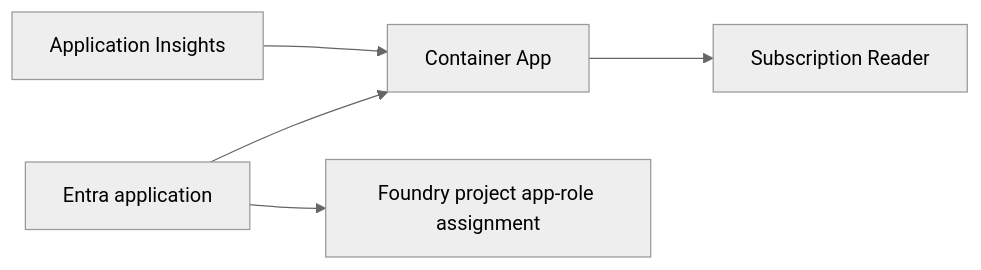
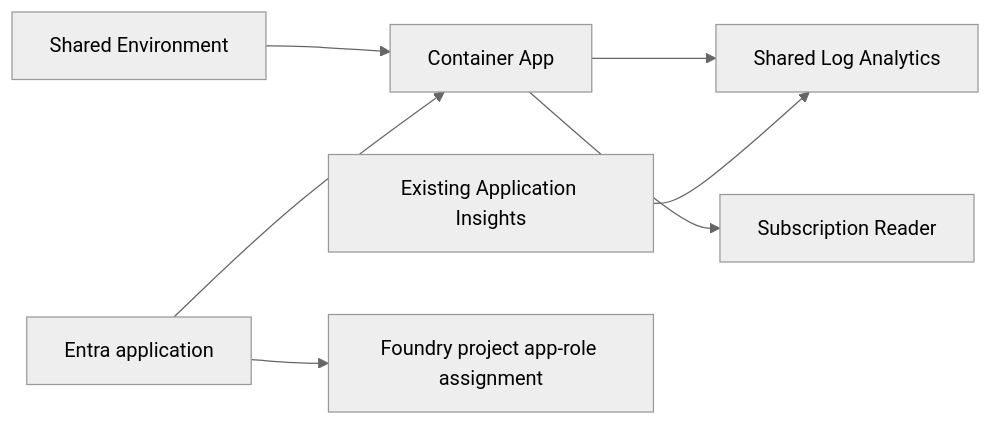
Before and after one commit to Networkdog/AzBriefEnterprise: the diagram in infra/azure-mcp-server/infra/README.md, drawn with Mermaid (neutral theme). The commit also changed other lines of this file and 126 other files, not shown here.

````diff
--- a/infra/azure-mcp-server/infra/README.md
+++ b/infra/azure-mcp-server/infra/README.md
@@ -11,7 +11,9 @@
 ```mermaid
 flowchart LR
-    AI[Application Insights] --> ACA[Container App]
+    Env[Shared Environment] --> ACA[Container App]
+    ACA --> Logs[Shared Log Analytics]
+    AI[Existing Application Insights] --> Logs
     Entra[Entra application] --> ACA
     ACA --> Reader[Subscription Reader]
     Entra --> Role[Foundry project app-role assignment]
 ```
````
